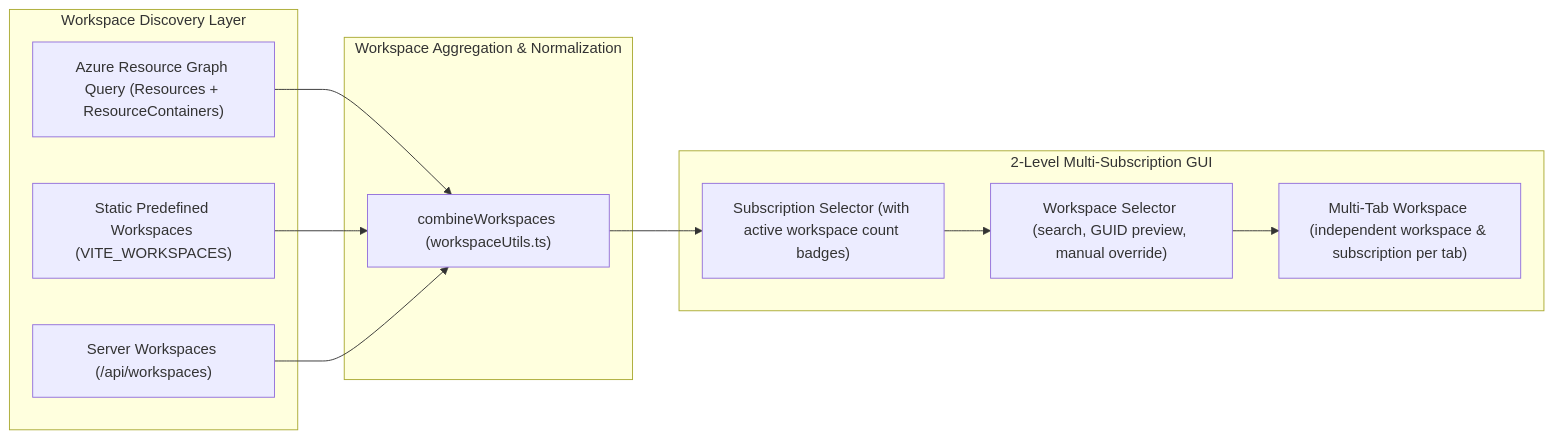
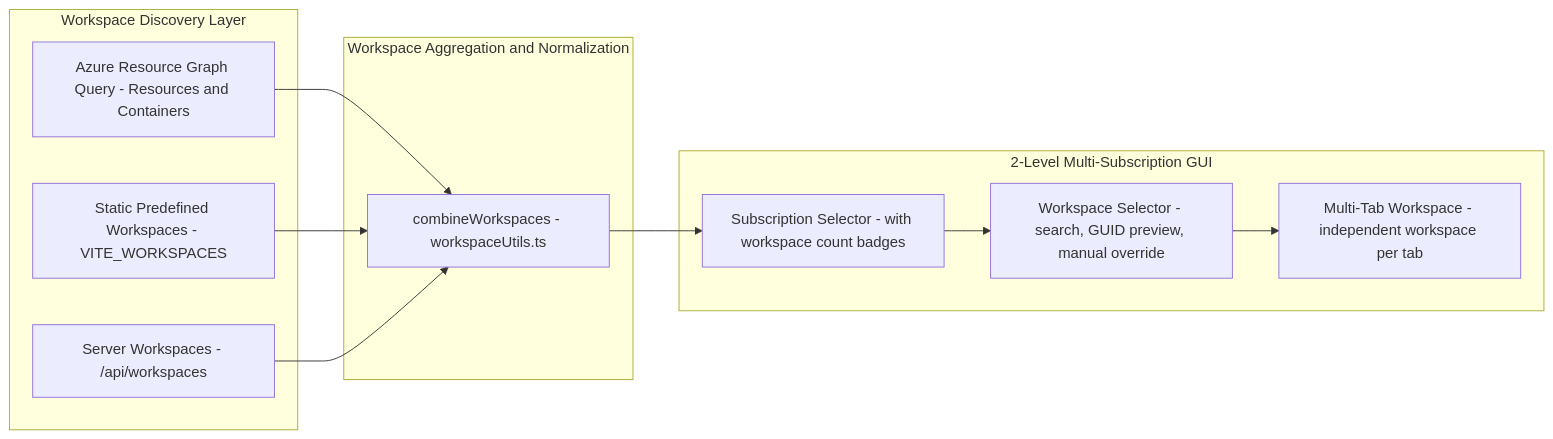
Before and after one commit to diny1729/LogAnalytics: the second of 6 diagrams in Architecture.md, drawn with Mermaid. The commit also changed other lines of this file, not shown here.

Commit message:
fix(docs): completely sanitize Mermaid edge and node labels in Architecture.md

````diff
--- a/Architecture.md
+++ b/Architecture.md
@@ -80,25 +80,25 @@
 ```mermaid
 graph LR
     subgraph Discovery ["Workspace Discovery Layer"]
-        ARGQuery["Azure Resource Graph Query (Resources + ResourceContainers)"]
-        EnvConfig["Static Predefined Workspaces (VITE_WORKSPACES)"]
-        ServerAPI["Server Workspaces (/api/workspaces)"]
+        ARGQuery["Azure Resource Graph Query - Resources and Containers"]
+        EnvConfig["Static Predefined Workspaces - VITE_WORKSPACES"]
+        ServerAPI["Server Workspaces - /api/workspaces"]
     end
 
-    subgraph Resolution ["Workspace Aggregation & Normalization"]
-        Combiner["combineWorkspaces (workspaceUtils.ts)"]
+    subgraph Resolution ["Workspace Aggregation and Normalization"]
+        Combiner["combineWorkspaces - workspaceUtils.ts"]
     end
 
     subgraph UIControls ["2-Level Multi-Subscription GUI"]
-        SubFilter["Subscription Selector (with active workspace count badges)"]
-        WsPicker["Workspace Selector (search, GUID preview, manual override)"]
-        Tabs["Multi-Tab Workspace (independent workspace & subscription per tab)"]
+        SubFilter["Subscription Selector - with workspace count badges"]
+        WsPicker["Workspace Selector - search, GUID preview, manual override"]
+        Tabs["Multi-Tab Workspace - independent workspace per tab"]
     end
 
     ARGQuery --> Combiner
     EnvConfig --> Combiner
     ServerAPI --> Combiner
     Combiner --> SubFilter
     SubFilter --> WsPicker
     WsPicker --> Tabs
 ```
````
